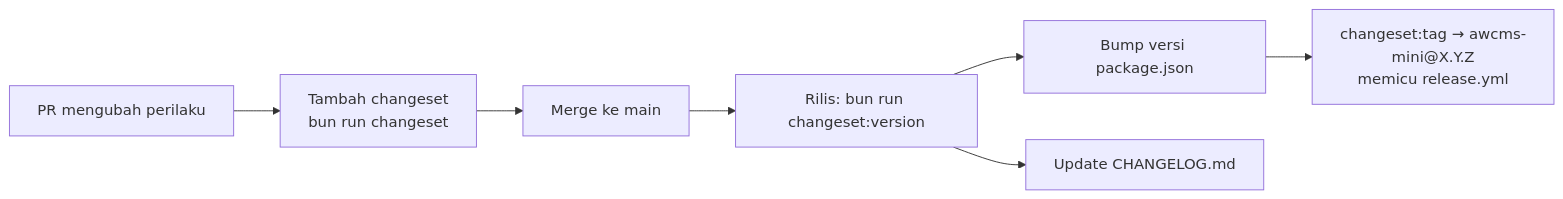
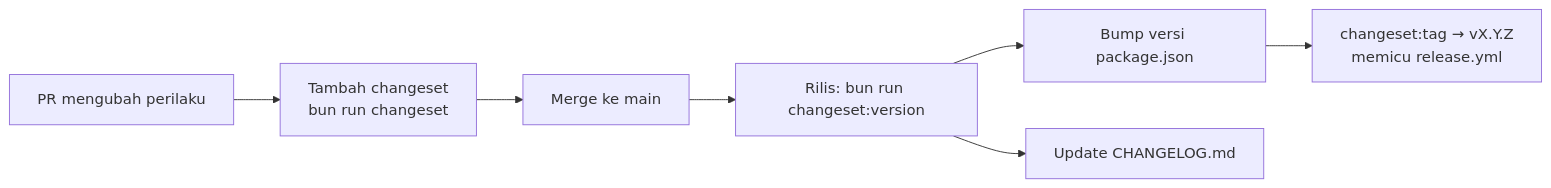
One commit to ahliweb/awcms-mini changed the third of 3 diagrams in docs/awcms-mini/09_roadmap_repository_commit.md. Above: the diagram before and after it, drawn with Mermaid. The commit also changed 49 other files, not shown here.

First line of the commit message:
fix(release): reconcile pipeline to v* tag + changeset changelog format (#825) (#866)

````diff
--- a/docs/awcms-mini/09_roadmap_repository_commit.md
+++ b/docs/awcms-mini/09_roadmap_repository_commit.md
@@ -308,9 +308,9 @@
 ```mermaid
 flowchart LR
   PR[PR mengubah perilaku] --> CS[Tambah changeset<br/>bun run changeset]
   CS --> Merge[Merge ke main]
   Merge --> Rel[Rilis: bun run changeset:version]
   Rel --> Bump[Bump versi package.json]
   Rel --> Log[Update CHANGELOG.md]
-  Bump --> Tag[changeset:tag → awcms-mini@X.Y.Z<br/>memicu release.yml]
+  Bump --> Tag[changeset:tag → vX.Y.Z<br/>memicu release.yml]
 ```
````
